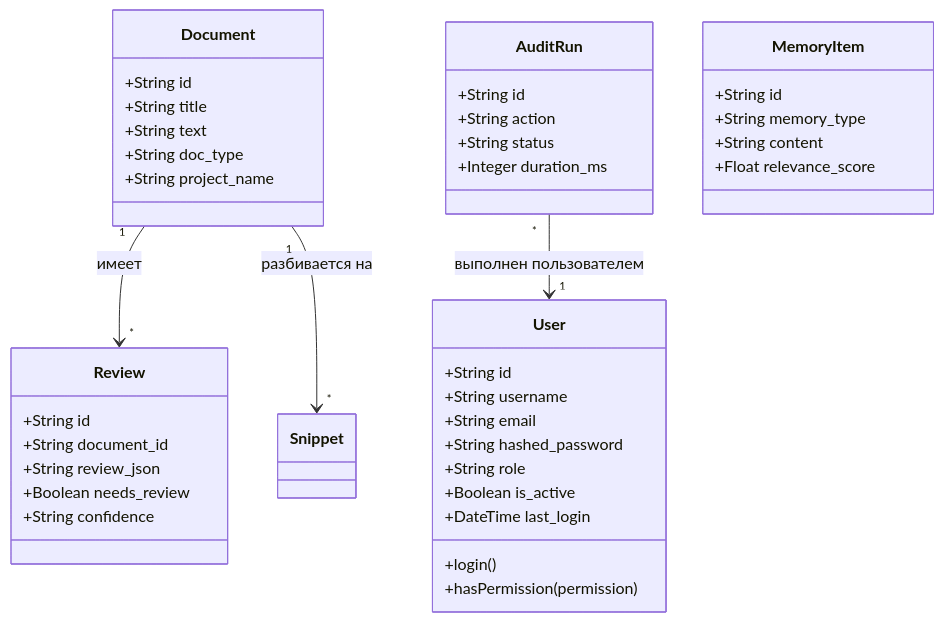
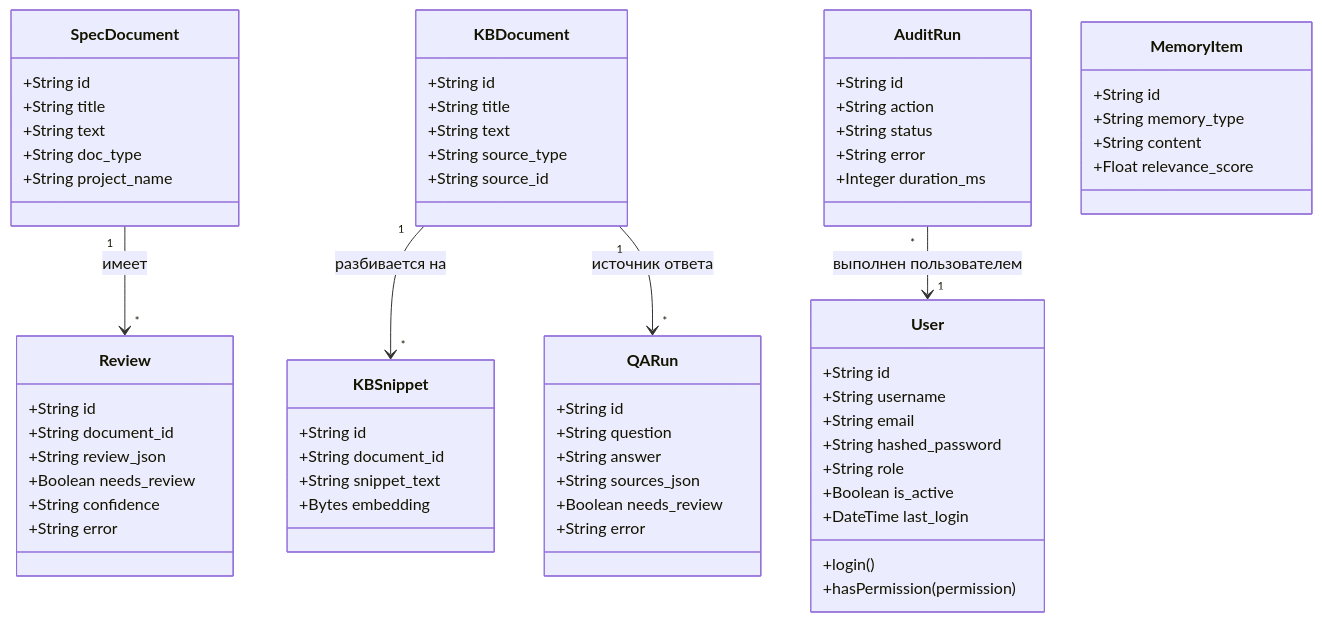
The eighth of 8 diagrams in docs/user-guide-ru.md (MatveiV/Analyst-Architect-AI), drawn with Mermaid before and after one commit. The commit also changed other lines of this file and 12 other files, not shown here.

Commit message:
Docs+diagrams: reflect spec_documents/kb_documents split, persistence of needs_review reasons, add ER + Variant 2/5 sequence diagrams

````diff
--- a/docs/user-guide-ru.md
+++ b/docs/user-guide-ru.md
@@ -792,48 +792,75 @@
 ```mermaid
 classDiagram
     class User {
         +String id
         +String username
         +String email
         +String hashed_password
         +String role
         +Boolean is_active
         +DateTime last_login
         +login()
         +hasPermission(permission)
     }
 
-    class Document {
+    class SpecDocument {
         +String id
         +String title
         +String text
         +String doc_type
         +String project_name
+    }
+
+    class KBDocument {
+        +String id
+        +String title
+        +String text
+        +String source_type
+        +String source_id
+    }
+
+    class KBSnippet {
+        +String id
+        +String document_id
+        +String snippet_text
+        +Bytes embedding
     }
 
     class Review {
         +String id
         +String document_id
         +String review_json
         +Boolean needs_review
         +String confidence
+        +String error
+    }
+
+    class QARun {
+        +String id
+        +String question
+        +String answer
+        +String sources_json
+        +Boolean needs_review
+        +String error
     }
 
     class AuditRun {
         +String id
         +String action
         +String status
+        +String error
         +Integer duration_ms
     }
 
     class MemoryItem {
         +String id
         +String memory_type
         +String content
         +Float relevance_score
     }
 
-    Document "1" --> "*" Review : имеет
-    Document "1" --> "*" Snippet : разбивается на
+    SpecDocument "1" --> "*" Review : имеет
+    KBDocument "1" --> "*" KBSnippet : разбивается на
+    KBDocument "1" --> "*" QARun : источник ответа
     AuditRun "*" --> "1" User : выполнен пользователем
 ```
````
